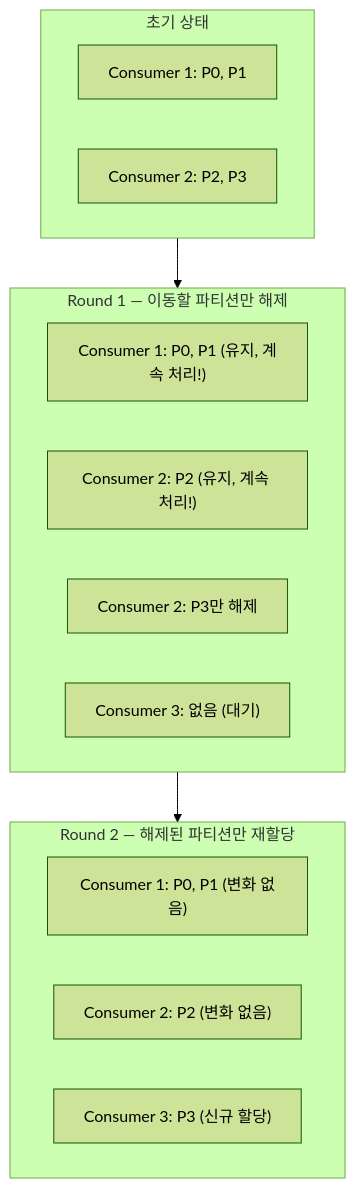
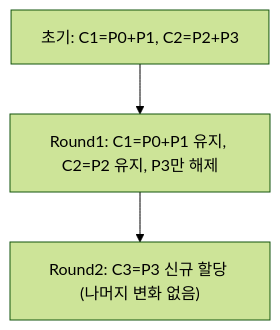
Before and after one commit to yjkim2015/yjkim2015.github.io: the ninth of 21 diagrams in _posts/kafka/2026-05-01-kafka-internals.md, drawn with Mermaid (forest theme). The commit also changed other lines of this file and 215 other files, not shown here.

First line of the commit message:
신규 포스트 10개 추가 + Mermaid 전면 축소 + SystemDesign 시리즈 보강

````diff
--- a/_posts/kafka/2026-05-01-kafka-internals.md
+++ b/_posts/kafka/2026-05-01-kafka-internals.md
@@ -302,19 +269,5 @@
 ```mermaid
 graph TD
-    subgraph before["초기 상태"]
-        C1A["Consumer 1: P0, P1"]
-        C2A["Consumer 2: P2, P3"]
-    end
-    subgraph round1["Round 1 — 이동할 파티션만 해제"]
-        C1B["Consumer 1: P0, P1 (유지, 계속 처리!)"]
-        C2B["Consumer 2: P2 (유지, 계속 처리!)"]
-        C2R["Consumer 2: P3만 해제"]
-        C3B["Consumer 3: 없음 (대기)"]
-    end
-    subgraph round2["Round 2 — 해제된 파티션만 재할당"]
-        C1C["Consumer 1: P0, P1 (변화 없음)"]
-        C2C["Consumer 2: P2 (변화 없음)"]
-        C3C["Consumer 3: P3 (신규 할당)"]
-    end
-    before --> round1 --> round2
+    A["초기: C1=P0+P1, C2=P2+P3"] --> B["Round1: C1=P0+P1 유지, C2=P2 유지, P3만 해제"]
+    B --> C["Round2: C3=P3 신규 할당 (나머지 변화 없음)"]
 ```
````
